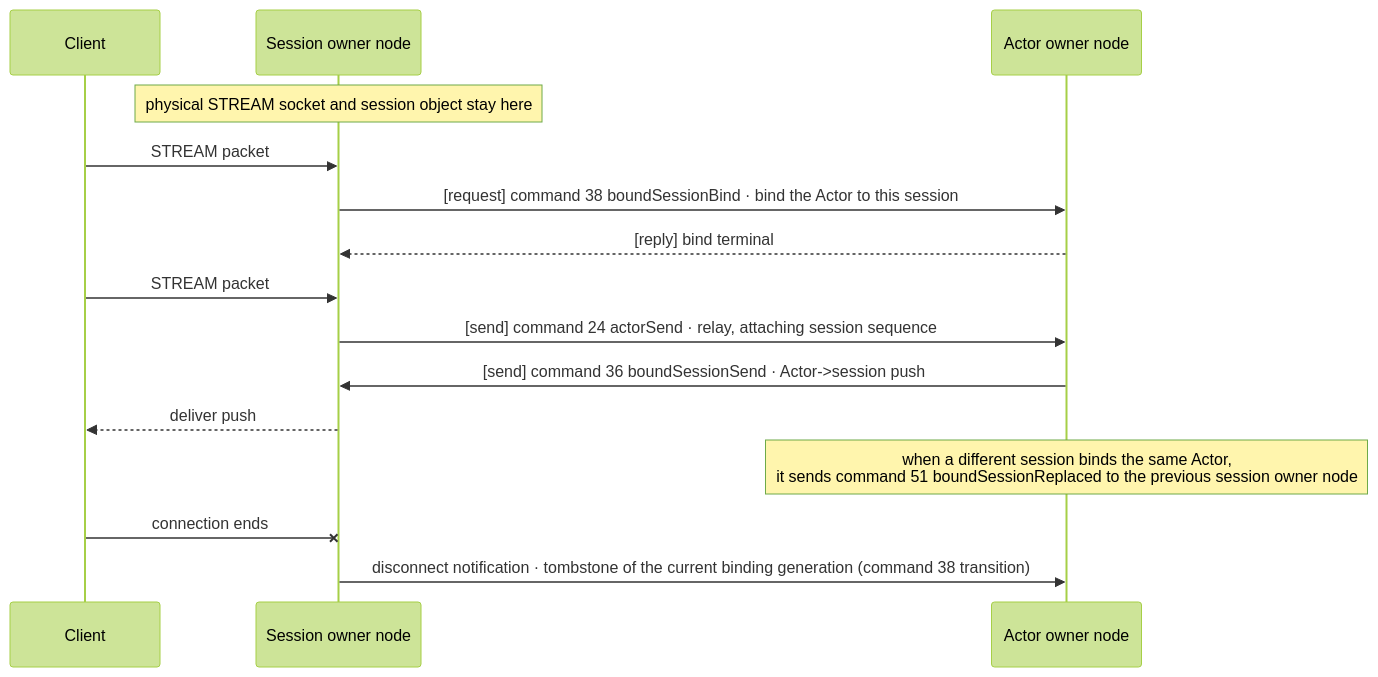
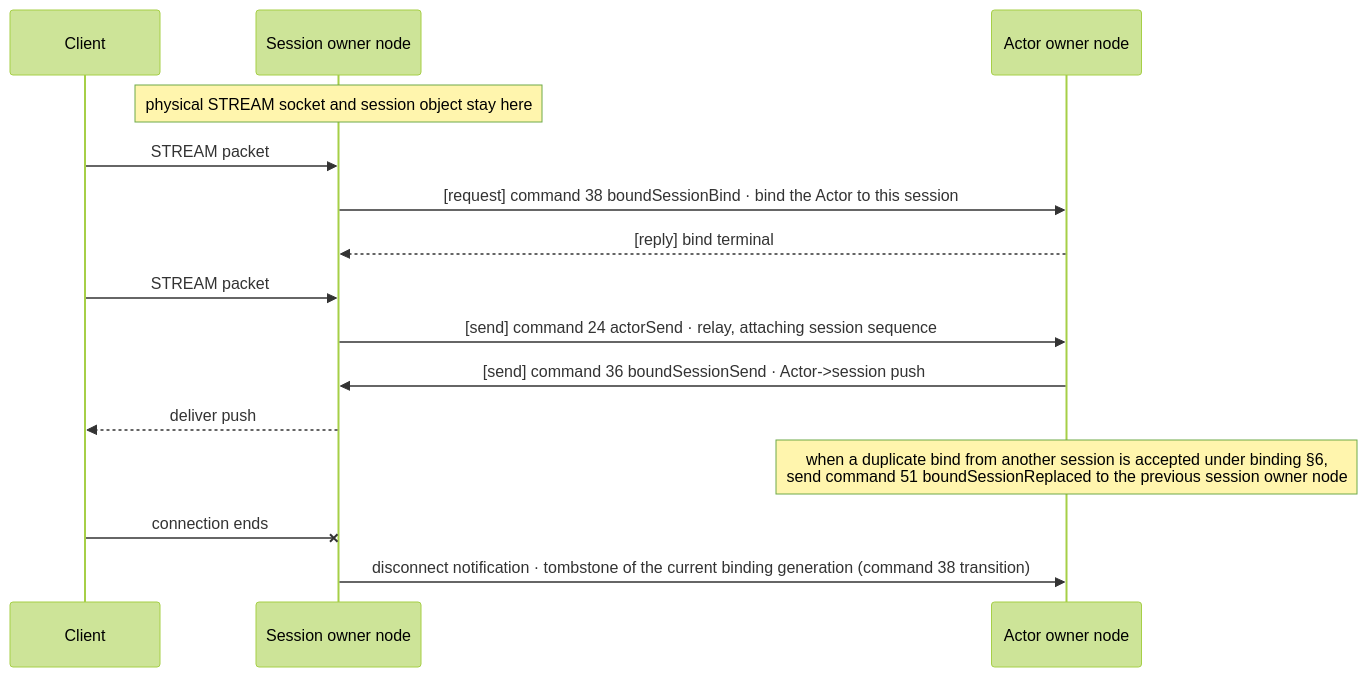
The diagram in framework/doc/framework/common/spec/server/04-session/01-stream-session.en.md (zlink-systems/zlink), drawn with Mermaid (forest theme) before and after one commit. The commit also changed 97 other files, not shown here.

First line of the commit message:
framework: let the owner Actor decide a duplicate bind through onDuplicateBind

````diff
--- a/framework/doc/framework/common/spec/server/04-session/01-stream-session.en.md
+++ b/framework/doc/framework/common/spec/server/04-session/01-stream-session.en.md
@@ -287,18 +287,18 @@
 ```mermaid
 sequenceDiagram
     participant C as Client
     participant S as Session owner node
     participant A as Actor owner node
 
     Note over S: physical STREAM socket and session object stay here
     C->>S: STREAM packet
     S->>A: [request] command 38 boundSessionBind · bind the Actor to this session
     A-->>S: [reply] bind terminal
     C->>S: STREAM packet
     S->>A: [send] command 24 actorSend · relay, attaching session sequence
     A->>S: [send] command 36 boundSessionSend · Actor->session push
     S-->>C: deliver push
-    Note over A: when a different session binds the same Actor,<br/>it sends command 51 boundSessionReplaced to the previous session owner node
+    Note over A: when a duplicate bind from another session is accepted under binding §6,<br/>send command 51 boundSessionReplaced to the previous session owner node
     C-xS: connection ends
     S->>A: disconnect notification · tombstone of the current binding generation (command 38 transition)
 ```
````
